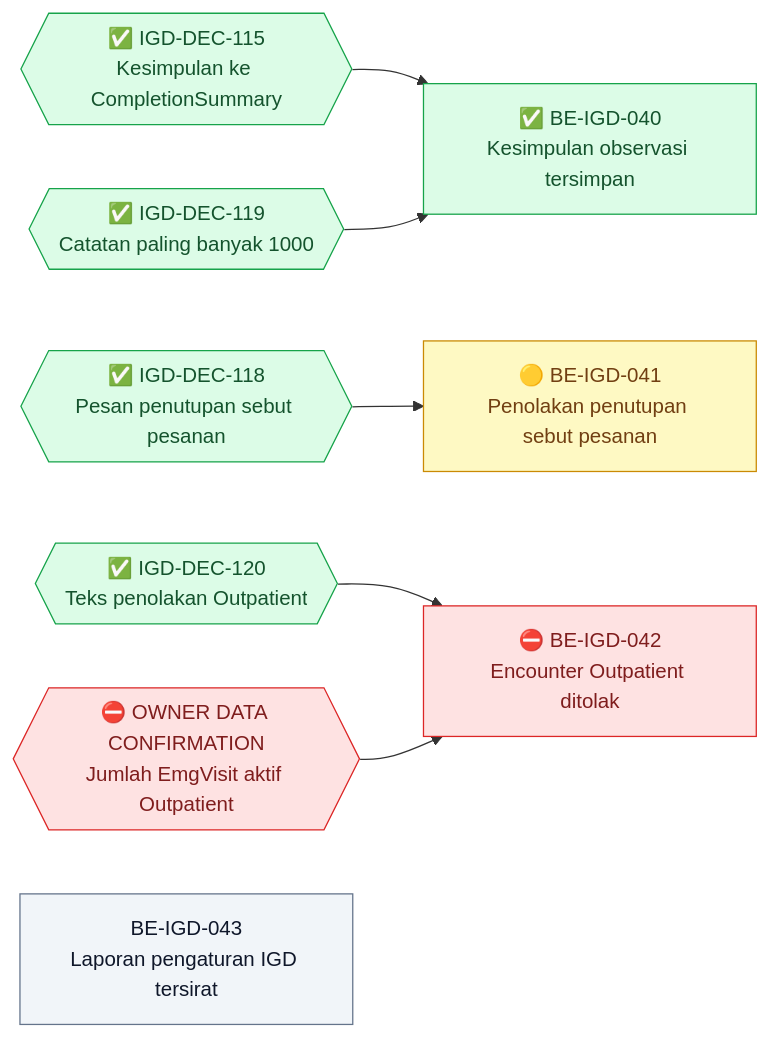
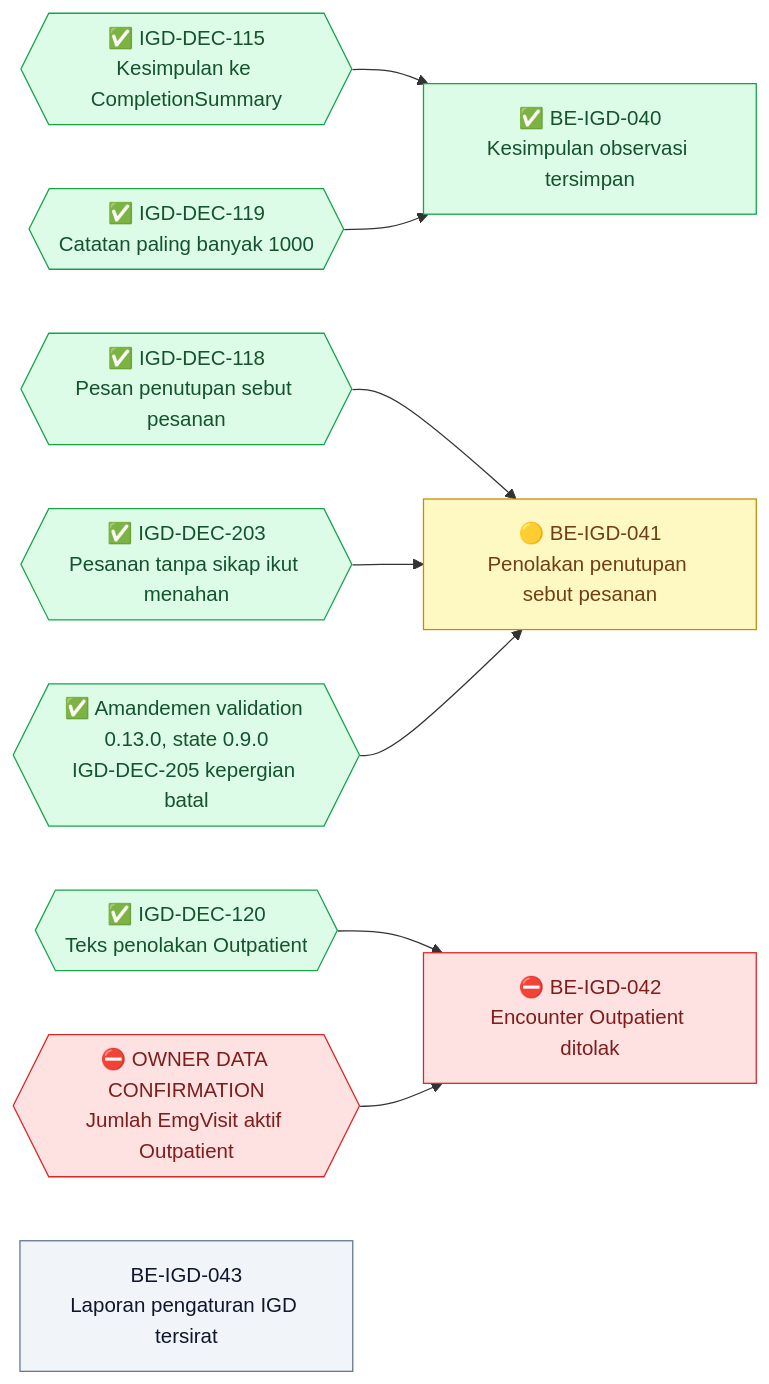
The seventh of 13 diagrams in docs/module-blueprints/igd/roadmap/backend-roadmap.md (DevBenari/NewQuilvianSystemBackend), drawn with Mermaid before and after one commit. The commit also changed other lines of this file and 20 other files, not shown here.

````diff
--- a/docs/module-blueprints/igd/roadmap/backend-roadmap.md
+++ b/docs/module-blueprints/igd/roadmap/backend-roadmap.md
@@ -1312,24 +1412,28 @@
 ```mermaid
 flowchart LR
     classDef selesai fill:#DCFCE7,stroke:#16A34A,color:#14532D
     classDef sebagian fill:#FEF9C3,stroke:#CA8A04,color:#713F12
     classDef terblokir fill:#FEE2E2,stroke:#DC2626,color:#7F1D1D
     classDef belum fill:#F1F5F9,stroke:#64748B,color:#0F172A
     classDef luar fill:#EDE9FE,stroke:#7C3AED,color:#3B0764
 
     DEC115{{"✅ IGD-DEC-115<br/>Kesimpulan ke CompletionSummary"}}:::selesai
     DEC119{{"✅ IGD-DEC-119<br/>Catatan paling banyak 1000"}}:::selesai
     DEC118{{"✅ IGD-DEC-118<br/>Pesan penutupan sebut pesanan"}}:::selesai
+    DEC203{{"✅ IGD-DEC-203<br/>Pesanan tanpa sikap ikut menahan"}}:::selesai
+    AMD205{{"✅ Amandemen validation 0.13.0, state 0.9.0<br/>IGD-DEC-205 kepergian batal"}}:::selesai
     DEC120{{"✅ IGD-DEC-120<br/>Teks penolakan Outpatient"}}:::selesai
     OWNERDATA{{"⛔ OWNER DATA CONFIRMATION<br/>Jumlah EmgVisit aktif Outpatient"}}:::terblokir
     BEIGD040["✅ BE-IGD-040<br/>Kesimpulan observasi tersimpan"]:::selesai
     BEIGD041["🟡 BE-IGD-041<br/>Penolakan penutupan sebut pesanan"]:::sebagian
     BEIGD042["⛔ BE-IGD-042<br/>Encounter Outpatient ditolak"]:::terblokir
     BEIGD043["BE-IGD-043<br/>Laporan pengaturan IGD tersirat"]:::belum
 
     DEC115 --> BEIGD040
     DEC119 --> BEIGD040
     DEC118 --> BEIGD041
+    DEC203 --> BEIGD041
+    AMD205 --> BEIGD041
     DEC120 --> BEIGD042
     OWNERDATA --> BEIGD042
 ```
````
